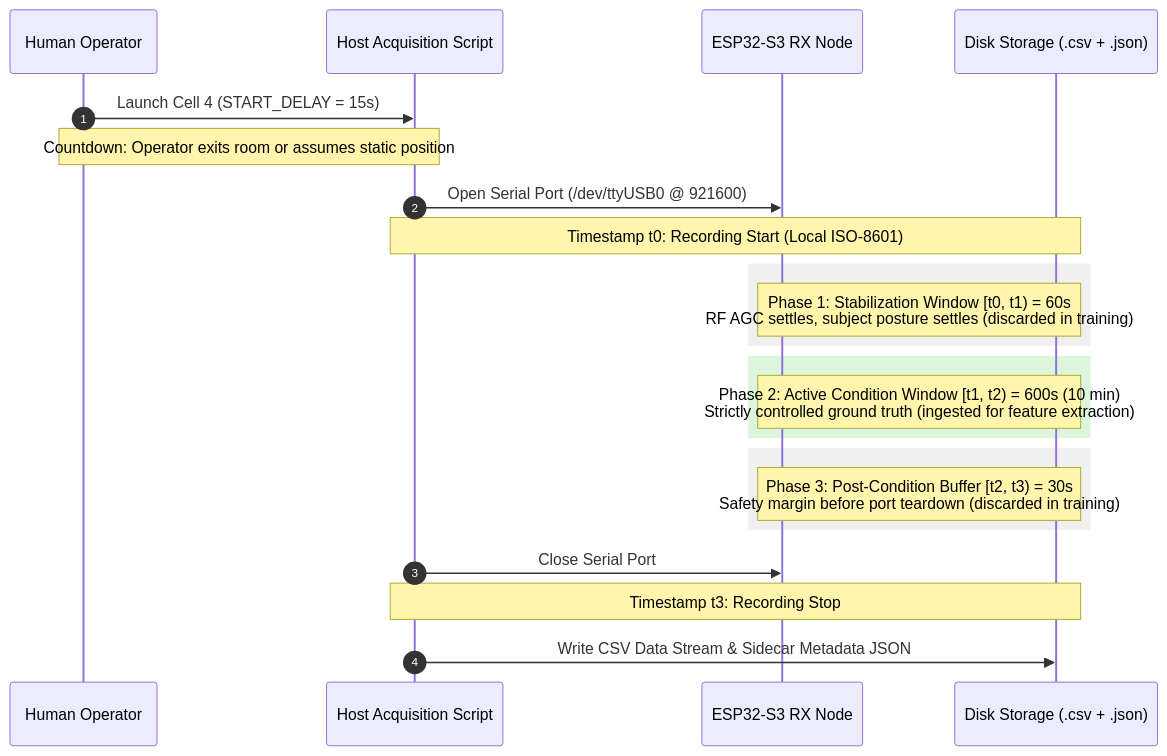
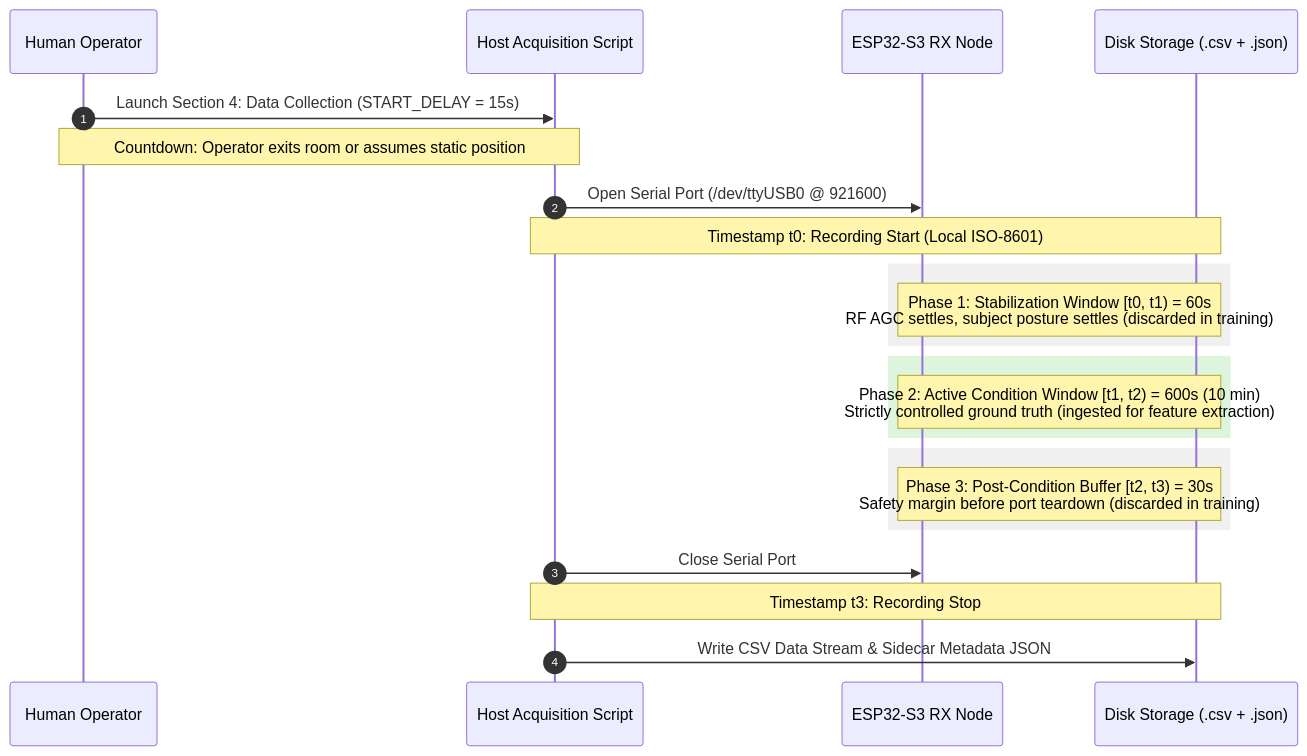
Before and after one commit to wrlxavier/wifi-csi-presence-detection: the second of 2 diagrams in docs/content/00_acquisition.md, drawn with Mermaid. The commit also changed 2 other files, not shown here.

````diff
--- a/docs/content/00_acquisition.md
+++ b/docs/content/00_acquisition.md
@@ -230,29 +230,29 @@
 ```mermaid
 sequenceDiagram
     autonumber
     participant Op as Human Operator
     participant PC as Host Acquisition Script
     participant RX as ESP32-S3 RX Node
     participant File as Disk Storage (.csv + .json)
 
-    Op->>PC: Launch Cell 4 (START_DELAY = 15s)
+    Op->>PC: Launch Section 4: Data Collection (START_DELAY = 15s)
     Note over Op,PC: Countdown: Operator exits room or assumes static position
     PC->>RX: Open Serial Port (/dev/ttyUSB0 @ 921600)
     Note over PC,File: Timestamp t0: Recording Start (Local ISO-8601)
     
     rect rgb(240, 240, 240)
         Note over RX,File: Phase 1: Stabilization Window [t0, t1) = 60s<br/>RF AGC settles, subject posture settles (discarded in training)
     end
     
     rect rgb(220, 245, 220)
         Note over RX,File: Phase 2: Active Condition Window [t1, t2) = 600s (10 min)<br/>Strictly controlled ground truth (ingested for feature extraction)
     end
     
     rect rgb(240, 240, 240)
         Note over RX,File: Phase 3: Post-Condition Buffer [t2, t3) = 30s<br/>Safety margin before port teardown (discarded in training)
     end
     
     PC->>RX: Close Serial Port
     Note over PC,File: Timestamp t3: Recording Stop
     PC->>File: Write CSV Data Stream & Sidecar Metadata JSON
 ```
````
